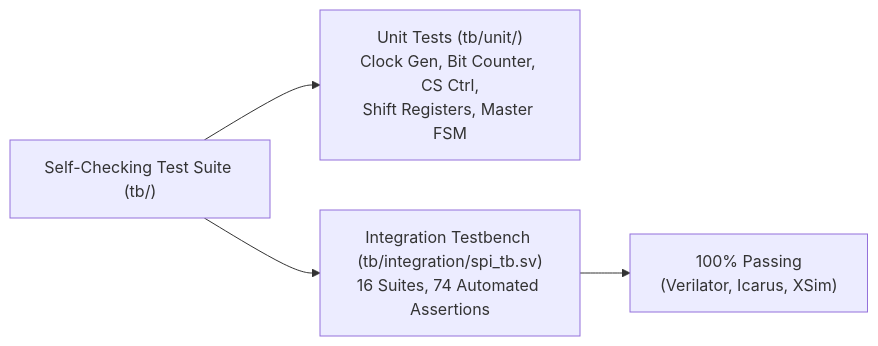
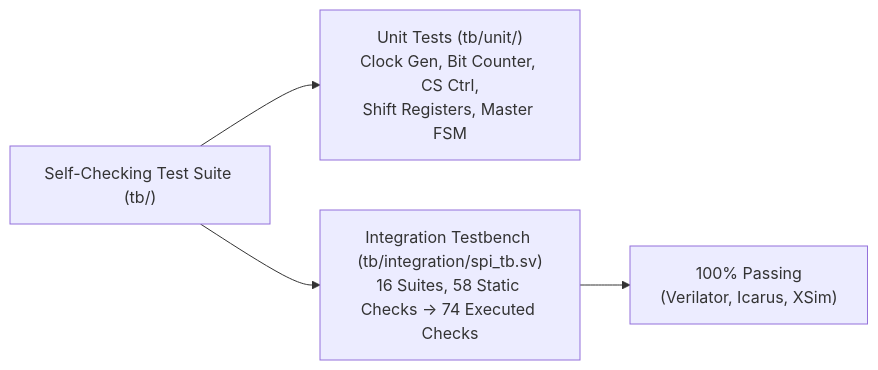
Before and after one commit to NAVADEEP2006-cmd/PARAMETERIZED-SPI-IP-CORE: the second of 2 diagrams in README.md, drawn with Mermaid. The commit also changed other lines of this file and 18 other files, not shown here.

````diff
--- a/README.md
+++ b/README.md
@@ -190,6 +200,6 @@
 ```mermaid
 flowchart LR
     TB["Self-Checking Test Suite (tb/)"] --> UT["Unit Tests (tb/unit/)\nClock Gen, Bit Counter, CS Ctrl,\nShift Registers, Master FSM"]
-    TB --> IT["Integration Testbench (tb/integration/spi_tb.sv)\n16 Suites, 74 Automated Assertions"]
+    TB --> IT["Integration Testbench (tb/integration/spi_tb.sv)\n16 Suites, 58 Static Checks -> 74 Executed Checks"]
     IT --> PASS["100% Passing\n(Verilator, Icarus, XSim)"]
 ```
````
